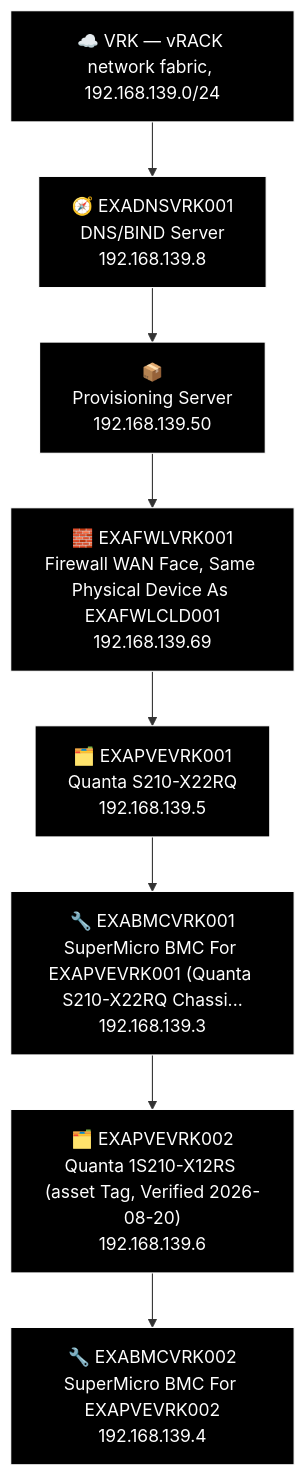
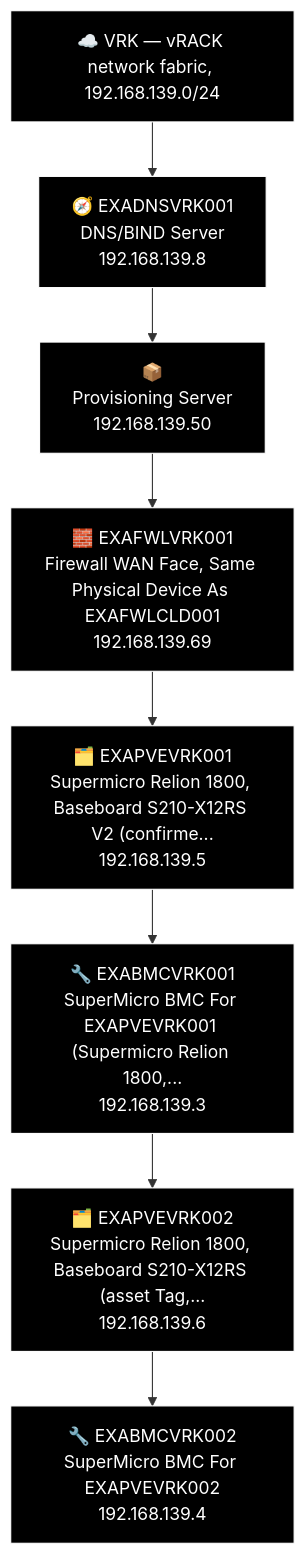
One commit to knightmare2600/example_music_infra changed the diagram in docs/network-diagram/vrk.md. Above: the diagram before and after it, drawn with Mermaid. The commit also changed 7 other files, not shown here.

````diff
--- a/docs/network-diagram/vrk.md
+++ b/docs/network-diagram/vrk.md
@@ -31,23 +31,23 @@
 ```mermaid
 %% GENERATED:TOPOLOGY:VRK:START
 %%{init: {'flowchart': {'curve': 'stepAfter'}}}%%
 graph TD
     T_VRK["☁️ VRK — vRACK network fabric, 192.168.139.0/24"]
     T_DNS["🧭 EXADNSVRK001<br/>DNS/BIND Server<br/>192.168.139.8"]
     T_TMP["📦<br/>Provisioning Server<br/>192.168.139.50"]
     T_FWL["🧱 EXAFWLVRK001<br/>Firewall WAN Face, Same Physical Device As EXAFWLCLD001<br/>192.168.139.69"]
-    T_PVE["🗂️ EXAPVEVRK001<br/>Quanta S210-X22RQ<br/>192.168.139.5"]
-    T_BMC["🔧 EXABMCVRK001<br/>SuperMicro BMC For EXAPVEVRK001 (Quanta S210-X22RQ Chassi...<br/>192.168.139.3"]
-    T_PVE2["🗂️ EXAPVEVRK002<br/>Quanta 1S210-X12RS (asset Tag, Verified 2026-08-20)<br/>192.168.139.6"]
+    T_PVE["🗂️ EXAPVEVRK001<br/>Supermicro Relion 1800, Baseboard S210-X12RS V2 (confirme...<br/>192.168.139.5"]
+    T_BMC["🔧 EXABMCVRK001<br/>SuperMicro BMC For EXAPVEVRK001 (Supermicro Relion 1800,...<br/>192.168.139.3"]
+    T_PVE2["🗂️ EXAPVEVRK002<br/>Supermicro Relion 1800, Baseboard S210-X12RS (asset Tag,...<br/>192.168.139.6"]
     T_BMC2["🔧 EXABMCVRK002<br/>SuperMicro BMC For EXAPVEVRK002<br/>192.168.139.4"]
     T_VRK --> T_DNS --> T_TMP --> T_FWL --> T_PVE --> T_BMC --> T_PVE2 --> T_BMC2
     style T_VRK fill:#000000,stroke:#FFFFFF,color:#FFFFFF
     style T_DNS fill:#000000,stroke:#FFFFFF,color:#FFFFFF
     style T_TMP fill:#000000,stroke:#FFFFFF,color:#FFFFFF
     style T_FWL fill:#000000,stroke:#FFFFFF,color:#FFFFFF
     style T_PVE fill:#000000,stroke:#FFFFFF,color:#FFFFFF
     style T_BMC fill:#000000,stroke:#FFFFFF,color:#FFFFFF
     style T_PVE2 fill:#000000,stroke:#FFFFFF,color:#FFFFFF
     style T_BMC2 fill:#000000,stroke:#FFFFFF,color:#FFFFFF
 %% GENERATED:TOPOLOGY:VRK:END
 ```
````
